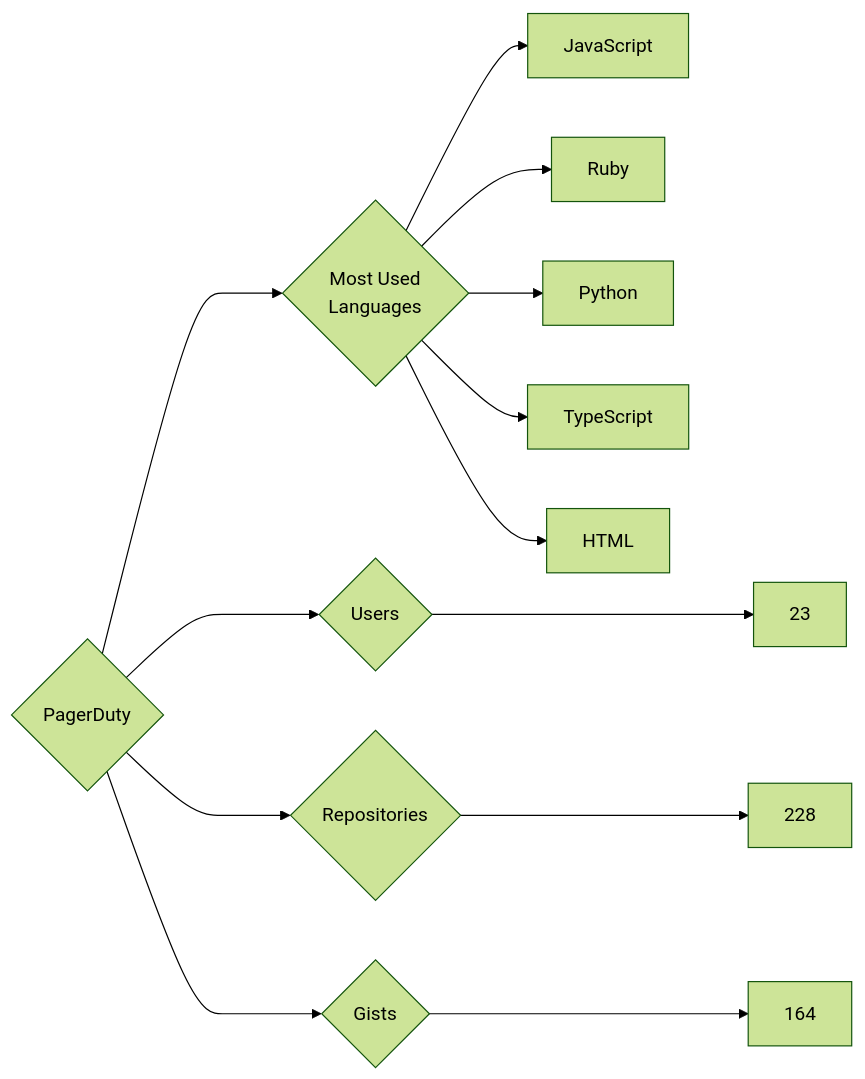
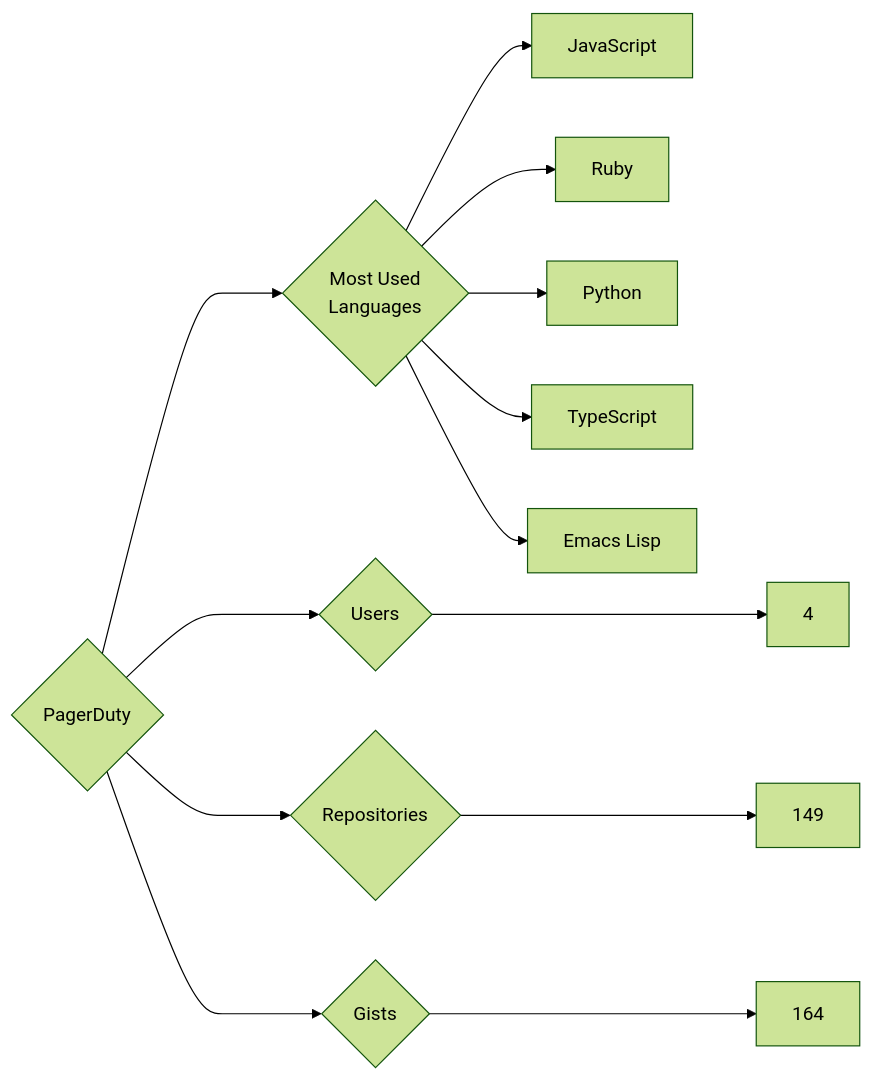
One commit to trickest/insiders changed the diagram in targets/PagerDuty/README.md. Above: the diagram before and after it, drawn with Mermaid (forest theme). The commit also changed 682 other files, not shown here.

````diff
--- a/targets/PagerDuty/README.md
+++ b/targets/PagerDuty/README.md
@@ -3,13 +3,13 @@
 ```mermaid
 graph LR
 COMPANY_NAME{PagerDuty}
-COMPANY_NAME ---> U{Users} ---> UN[23]
-COMPANY_NAME ---> R{Repositories} ---> RN[228]
+COMPANY_NAME ---> U{Users} ---> UN[4]
+COMPANY_NAME ---> R{Repositories} ---> RN[149]
 COMPANY_NAME ---> G{Gists} ---> GN[164]
 COMPANY_NAME ---> ML{Most Used<br>Languages}
 ML --> JavaScript[JavaScript]
 ML --> Ruby[Ruby]
 ML --> Python[Python]
 ML --> TypeScript[TypeScript]
-ML --> HTML[HTML]
+ML --> Emacs_Lisp[Emacs Lisp]
 ```
````
